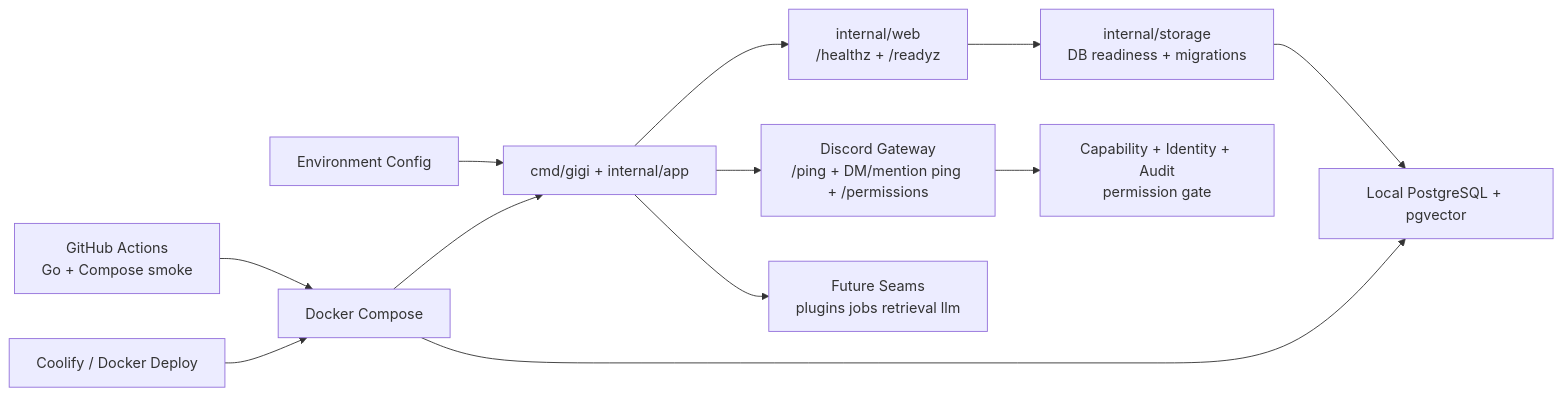
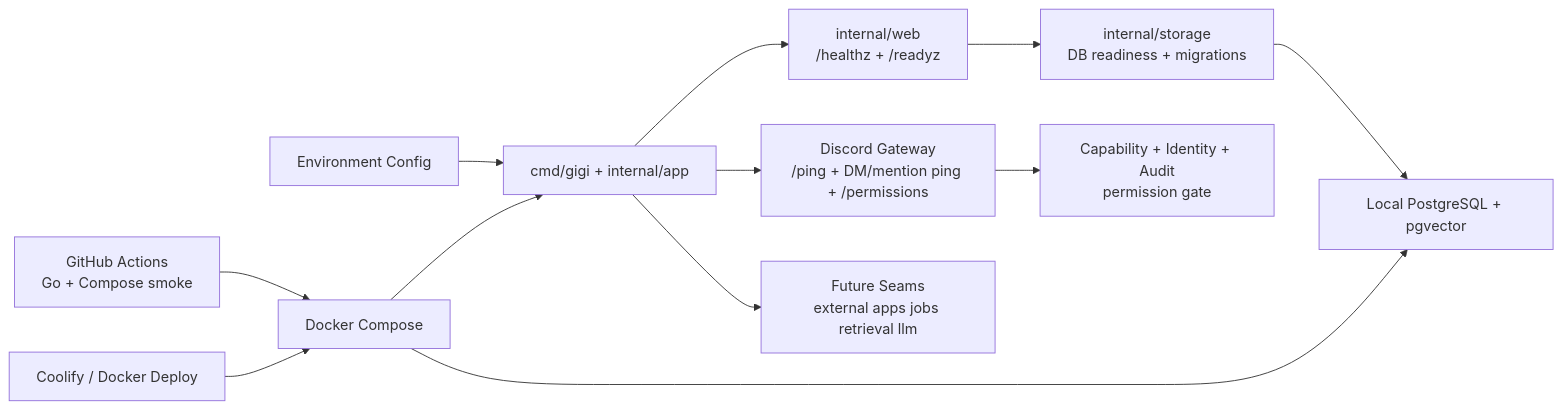
One commit to gOps132/GigiDC changed the diagram in docs/diagrams/system-overview.md. Above: the diagram before and after it, drawn with Mermaid. The commit also changed other lines of this file and 14 other files, not shown here.

````diff
--- a/docs/diagrams/system-overview.md
+++ b/docs/diagrams/system-overview.md
@@ -10,26 +10,26 @@
 ```mermaid
 flowchart LR
   Env["Environment Config"]
   App["cmd/gigi + internal/app"]
   Web["internal/web<br/>/healthz + /readyz"]
   Ready["internal/storage<br/>DB readiness + migrations"]
   DB["Local PostgreSQL + pgvector"]
   Discord["Discord Gateway<br/>/ping + DM/mention ping + /permissions"]
   Security["Capability + Identity + Audit<br/>permission gate"]
-  Seams["Future Seams<br/>plugins jobs retrieval llm"]
+  Seams["Future Seams<br/>external apps jobs retrieval llm"]
   Compose["Docker Compose"]
   CI["GitHub Actions<br/>Go + Compose smoke"]
   Deploy["Coolify / Docker Deploy"]
 
   Env --> App
   App --> Web
   App --> Discord
   Discord --> Security
   Web --> Ready
   Ready --> DB
   App --> Seams
   Compose --> App
   Compose --> DB
   CI --> Compose
   Deploy --> Compose
 ```
````
